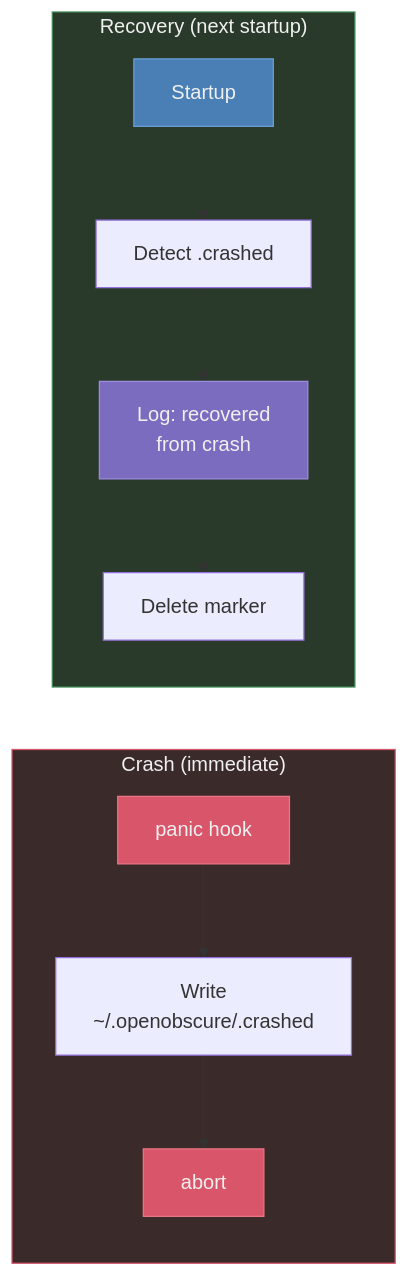
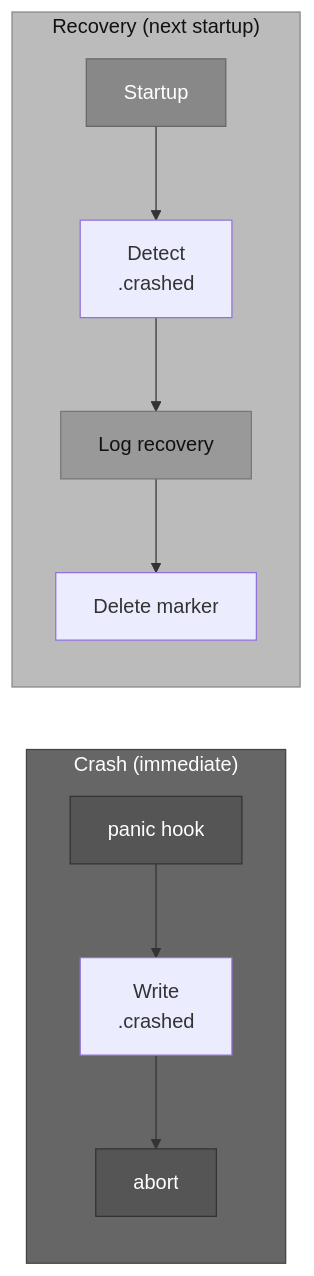
Diagram 11 of 14 in ARCHITECTURE.md (OpenObscure/OpenObscure), drawn with Mermaid before and after one commit. The commit also changed other lines of this file and 4 other files, not shown here.

First line of the commit message:
Convert all mermaid diagrams to grayscale and fix text/box overlaps

````diff
--- a/ARCHITECTURE.md
+++ b/ARCHITECTURE.md
@@ -530,16 +530,16 @@
 ```mermaid
 flowchart LR
     subgraph crash ["Crash (immediate)"]
-        panic["panic hook"] --> write["Write<br>~/.openobscure/.crashed"] --> abort["abort"]
+        panic["panic hook"] --> write["Write\n.crashed"] --> abort["abort"]
     end
     subgraph recovery ["Recovery (next startup)"]
-        restart["Startup"] --> detect["Detect .crashed"] --> log["Log: recovered<br>from crash"] --> delete["Delete marker"]
+        restart["Startup"] --> detect["Detect\n.crashed"] --> log["Log recovery"] --> delete["Delete marker"]
     end
 
-    style crash fill:#3a2a2a,stroke:#d9556a,color:#f0f0f0
-    style recovery fill:#2a3a2a,stroke:#3d8a55,color:#f0f0f0
-    style panic fill:#d9556a,stroke:#e97585,color:#f0f0f0
-    style abort fill:#d9556a,stroke:#e97585,color:#f0f0f0
-    style restart fill:#4a7fb5,stroke:#6a9fd5,color:#f0f0f0
-    style log fill:#7c6cbf,stroke:#9c8cdf,color:#f0f0f0
+    style crash fill:#666,stroke:#444,color:#fff
+    style recovery fill:#bbb,stroke:#888,color:#111
+    style panic fill:#555,stroke:#333,color:#fff
+    style abort fill:#555,stroke:#333,color:#fff
+    style restart fill:#888,stroke:#666,color:#fff
+    style log fill:#999,stroke:#777,color:#111
 ```
````
